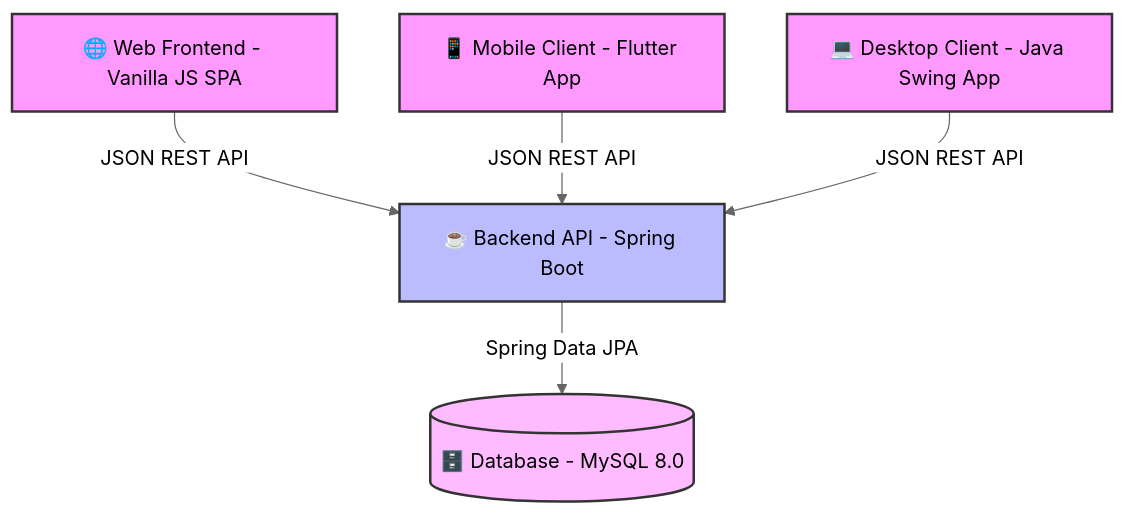
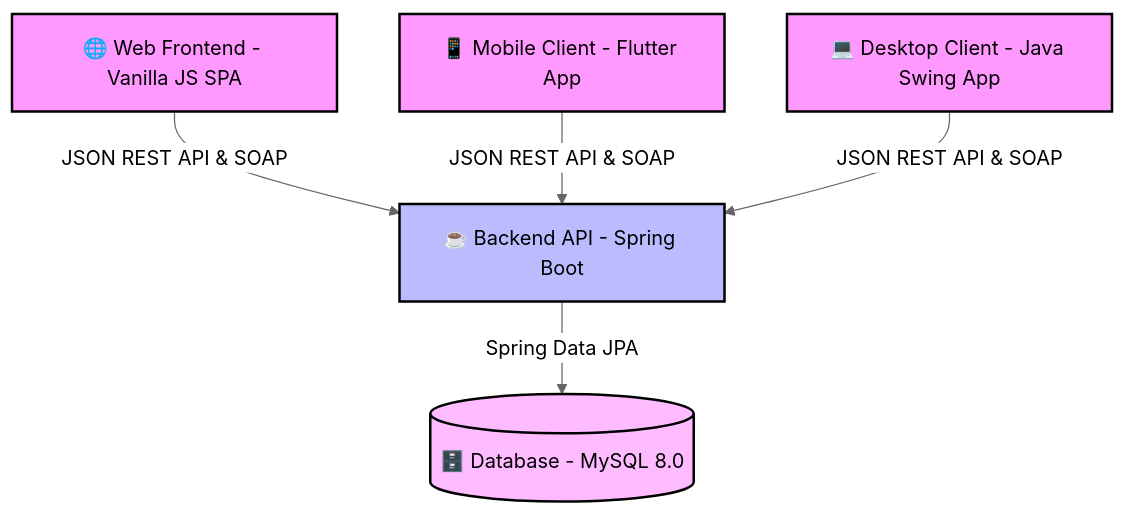
The first of 2 diagrams in README.md (AzimAminz/SmartCampusConnect), drawn with Mermaid (neutral theme) before and after one commit. The commit also changed other lines of this file, not shown here.

````diff
--- a/README.md
+++ b/README.md
@@ -13,17 +13,17 @@
 ```mermaid
 graph TD
-    classDef client fill:#f9f,stroke:#333,stroke-width:2px;
-    classDef server fill:#bbf,stroke:#333,stroke-width:2px;
-    classDef db fill:#fbf,stroke:#333,stroke-width:2px;
+    classDef client fill:#f9f,stroke:black,stroke-width:2px;
+    classDef server fill:#bbf,stroke:black,stroke-width:2px;
+    classDef db fill:#fbf,stroke:black,stroke-width:2px;
 
     Web[🌐 Web Frontend - Vanilla JS SPA]:::client
     Mobile[📱 Mobile Client - Flutter App]:::client
     Desktop[💻 Desktop Client - Java Swing App]:::client
     Backend[☕ Backend API - Spring Boot]:::server
     DB[(🗄️ Database - MySQL 8.0)]:::db
 
-    Web -->|JSON REST API| Backend
-    Mobile -->|JSON REST API| Backend
-    Desktop -->|JSON REST API| Backend
+    Web -->|JSON REST API & SOAP| Backend
+    Mobile -->|JSON REST API & SOAP| Backend
+    Desktop -->|JSON REST API & SOAP| Backend
     Backend -->|Spring Data JPA| DB
 ```
````
